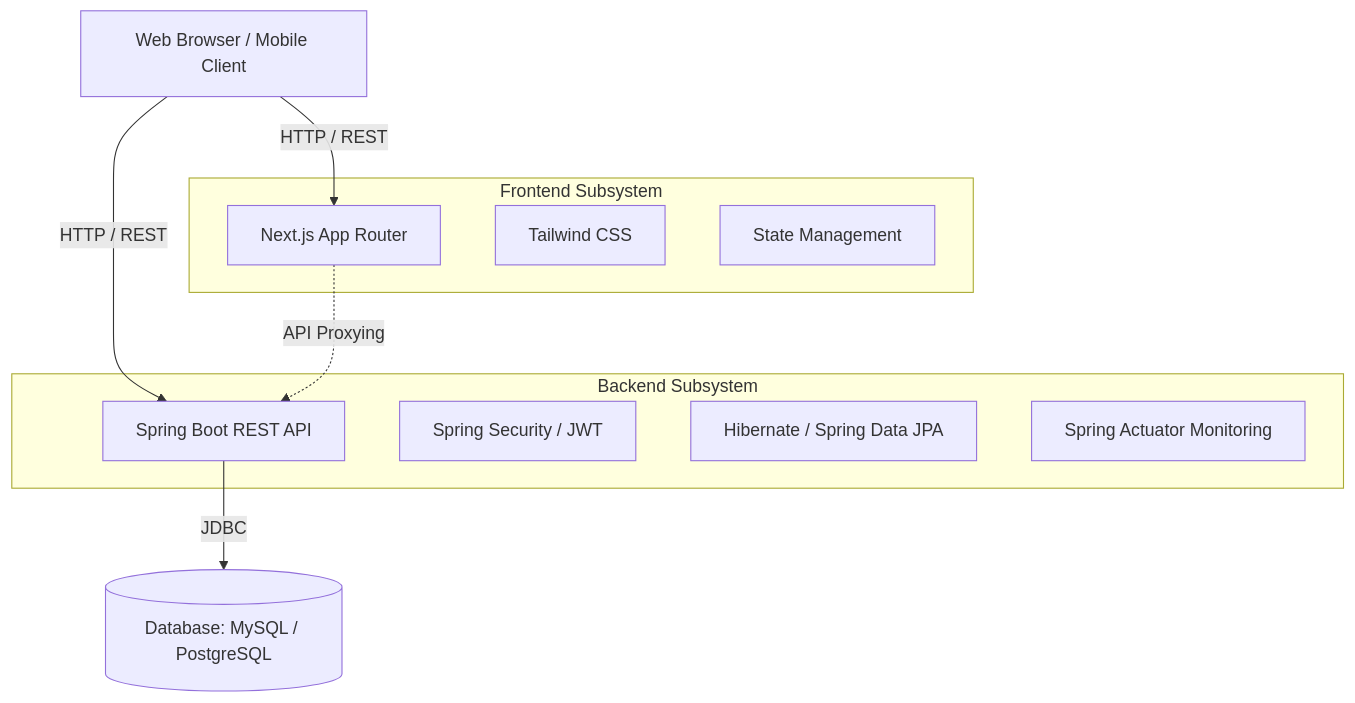
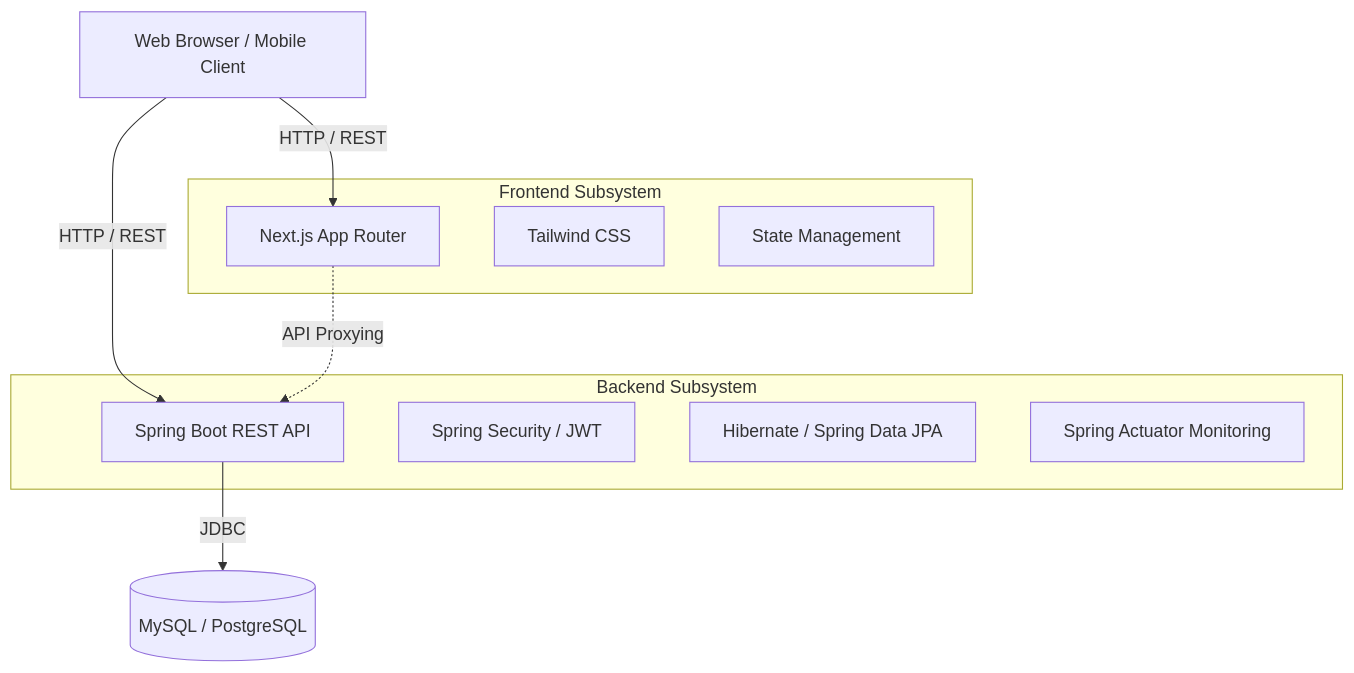
Before and after one commit to JasonTM17/Ecommerce_BookStore: the first of 2 diagrams in docs/architecture-and-cicd-vn.md, drawn with Mermaid. The commit also changed other lines of this file and 17 other files, not shown here.

````diff
--- a/docs/architecture-and-cicd-vn.md
+++ b/docs/architecture-and-cicd-vn.md
@@ -13,22 +18,21 @@
 ```mermaid
 graph TD
     Client[Web Browser / Mobile Client] -->|HTTP / REST| Frontend
     Client -->|HTTP / REST| Backend
-    
+
     subgraph Frontend Subsystem
         Frontend[Next.js App Router]
         Tailwind[Tailwind CSS]
         Zustand[State Management]
     end
-    
+
     subgraph Backend Subsystem
         Backend[Spring Boot REST API]
         Security[Spring Security / JWT]
         JPA[Hibernate / Spring Data JPA]
         Actuator[Spring Actuator Monitoring]
     end
-    
-    Backend -->|JDBC| DB[(Database: MySQL / PostgreSQL)]
-    
+
+    Backend -->|JDBC| DB[(MySQL / PostgreSQL)]
     Frontend -.->|API Proxying| Backend
 ```
````
